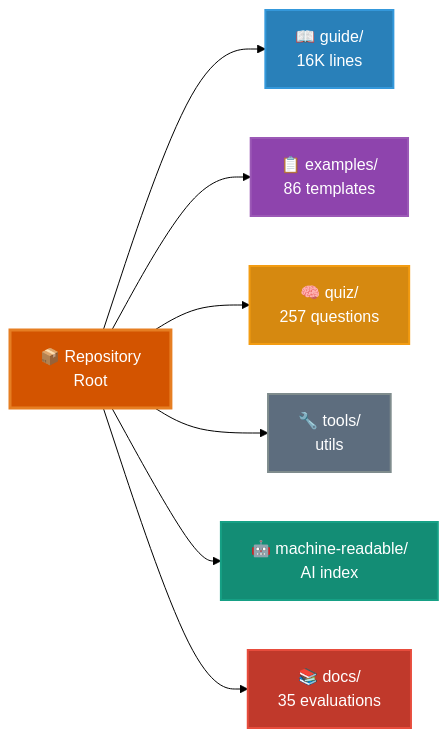
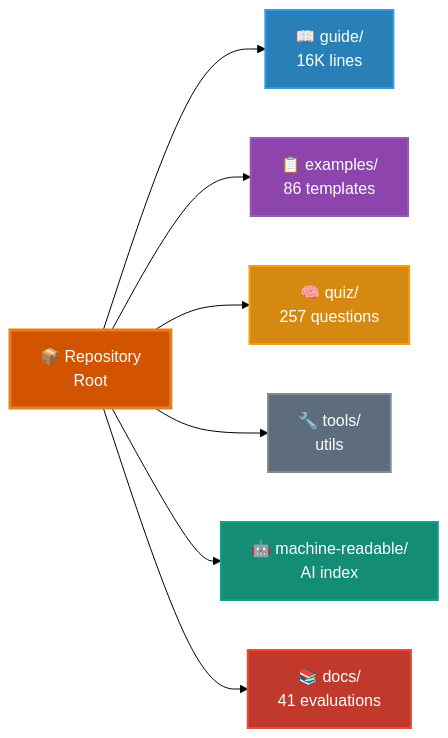
Before and after one commit to scostello/claude-code-ultimate-guide: the diagram in README.md, drawn with Mermaid (forest theme). The commit also changed other lines of this file and 5 other files, not shown here.

````diff
--- a/README.md
+++ b/README.md
@@ -65,19 +65,19 @@
 ```mermaid
 graph LR
     root[📦 Repository<br/>Root]
 
     root --> guide[📖 guide/<br/>16K lines]
     root --> examples[📋 examples/<br/>86 templates]
     root --> quiz[🧠 quiz/<br/>257 questions]
     root --> tools[🔧 tools/<br/>utils]
     root --> machine[🤖 machine-readable/<br/>AI index]
-    root --> docs[📚 docs/<br/>35 evaluations]
+    root --> docs[📚 docs/<br/>41 evaluations]
 
     style root fill:#d35400,stroke:#e67e22,stroke-width:3px,color:#fff
     style guide fill:#2980b9,stroke:#3498db,stroke-width:2px,color:#fff
     style examples fill:#8e44ad,stroke:#9b59b6,stroke-width:2px,color:#fff
     style quiz fill:#d68910,stroke:#f39c12,stroke-width:2px,color:#fff
     style tools fill:#5d6d7e,stroke:#7f8c8d,stroke-width:2px,color:#fff
     style machine fill:#138d75,stroke:#16a085,stroke-width:2px,color:#fff
     style docs fill:#c0392b,stroke:#e74c3c,stroke-width:2px,color:#fff
 ```
````
